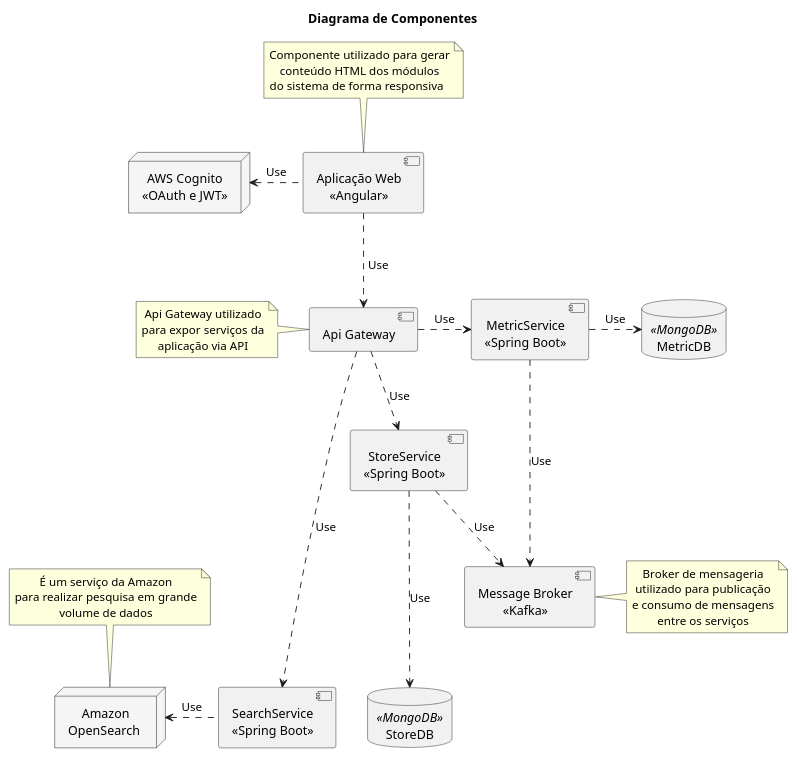
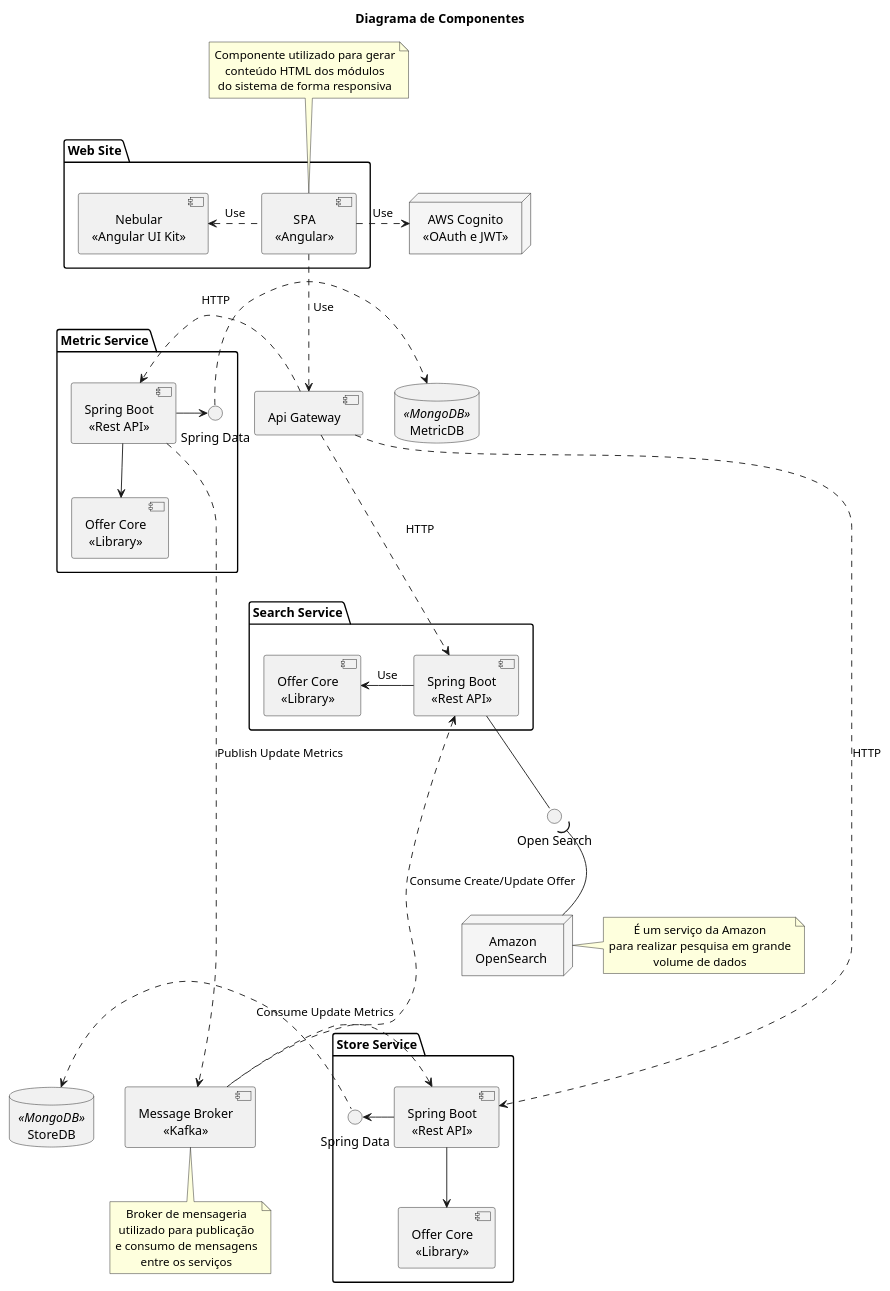
Before and after one commit to nelsonjunior/offer-documentacao: the diagram in diagrama-componente.puml, drawn with PlantUML. The commit also changed 1 other file, not shown here.

Commit message:
Inclusão diagrama

```diff
--- a/diagrama-componente.puml
+++ b/diagrama-componente.puml
@@ -1,71 +1,107 @@
 @startuml "DiagramaComponentes"
 
 title "Diagrama de Componentes"
 
 skinparam defaultTextAlignment center
 
 skinparam node {
-  borderColor Black
-  backgroundColor whitesmoke
+    borderColor Black
+    backgroundColor whitesmoke
 }
 
-[Aplicação Web\n<<Angular>>] as WebSite
-[Api Gateway] as ApiGateway
+package "Web Site" {
+    [SPA\n<<Angular>>] as WebSite
+    [Nebular\n<<Angular UI Kit>>] as Nebular
+}
 
-[SearchService\n<<Spring Boot>>] as SearchService
-[StoreService\n<<Spring Boot>>] as StoreService
-[MetricService\n<<Spring Boot>>] as MetricService
+
+interface "Open Search" as SearchInterface
 
 [Message Broker\n<<Kafka>>] as Kafka
 
 node "Amazon\nOpenSearch " as OpenSearch
 node "AWS Cognito\n<<OAuth e JWT>>" as Cognito
 
 database StoreDB <<MongoDB>> as StoreDB
 database MetricDB <<MongoDB>> as MetricDB
 
 
+[Api Gateway] as ApiGateway
+
+package "Search Service" {
+    [Spring Boot\n<<Rest API>>] as SearchService
+    [Offer Core\n<<Library>>] as SSCoreLibray
+
+    SearchService -down- SearchInterface
+    SearchService <..down.. Kafka : Consume Create/Update Offer
+    SearchInterface )-down- OpenSearch
+    SearchService -left-> SSCoreLibray : Use
+}
+
+package "Store Service" {
+    [Spring Boot\n<<Rest API>>] as StoreService
+    interface "Spring Data" as StorePersistence
+    [Offer Core\n<<Library>>] as StoreCoreLibray
+
+    StoreService --> StoreCoreLibray
+    StoreService <. Kafka : Consume Update Metrics
+    StoreService -left-> StorePersistence
+    StorePersistence .left.> StoreDB
+}
+
+package "Metric Service" {
+    [Spring Boot\n<<Rest API>>] as MetricService
+    interface "Spring Data" as MetricPersistence
+    [Offer Core\n<<Library>>] as MetricCoreLibray
+
+    MetricService --> MetricCoreLibray
+    MetricService .> Kafka : "Publish Update Metrics"
+    MetricService -right-> MetricPersistence
+    MetricPersistence .right.> MetricDB
+}
+
+ApiGateway ...> StoreService : HTTP
+ApiGateway .right.> MetricService : HTTP
+ApiGateway ...> SearchService : HTTP
+
+WebSite .down.> ApiGateway : \t\rUse
+WebSite ..right..> Cognito : Use
+WebSite ..left..> Nebular : Use
+
+
+' StoreService ..> Kafka : Use
+' MetricService ...> Kafka : Use
+
+
+' StoreService ...> StoreDB : Use
+' MetricService ..right..> MetricDB : Use
+
 ' interface HTTP as HttpInterface
 
 note top of WebSite
     Componente utilizado para gerar
     conteúdo HTML dos módulos
-    do sistema de forma responsiva  
+    do sistema de forma responsiva
 end note
 
-note left of ApiGateway
-    Api Gateway utilizado
-    para expor serviços da
-    aplicação via API
-end note
+' note right of ApiGateway
+'     Api Gateway utilizado
+'     para expor serviços da
+'     aplicação via API
+' end note
 
-note top of OpenSearch
+note right of OpenSearch
     É um serviço da Amazon
     para realizar pesquisa em grande
     volume de dados
 end note
 
-note right of Kafka
+note bottom of Kafka
     Broker de mensageria
     utilizado para publicação
     e consumo de mensagens
     entre os serviços
 end note
 
-WebSite ..> ApiGateway : \t\rUse
-WebSite ..left..> Cognito : Use
-
-ApiGateway ..> StoreService : Use
-ApiGateway ....> SearchService : Use
-ApiGateway ..right..> MetricService : Use
-
-
-StoreService ..> Kafka : Use
-MetricService ...> Kafka : Use
-
-SearchService ..left..> OpenSearch : Use
-StoreService ...> StoreDB : Use
-MetricService ..right..> MetricDB : Use
-
 
 @enduml
```
